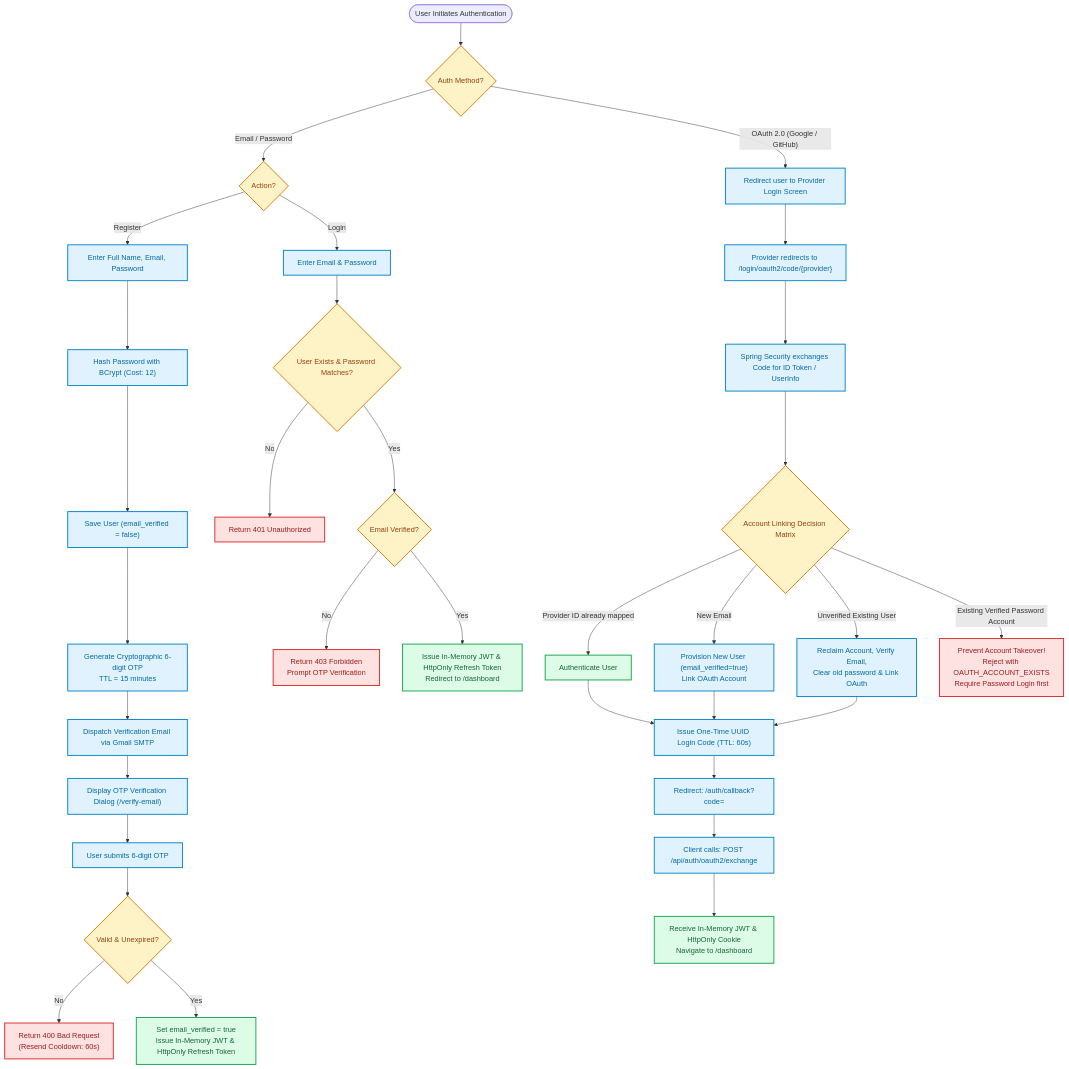
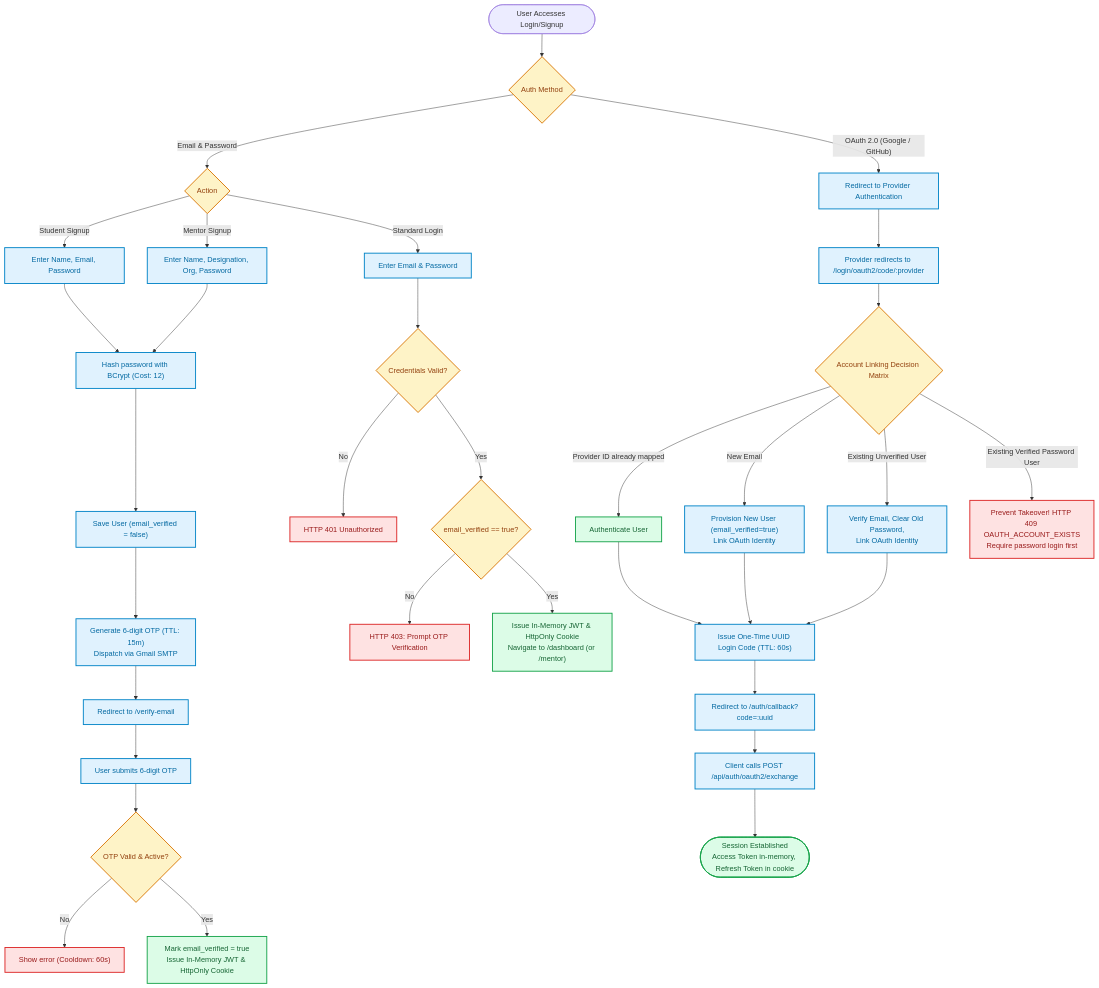
The seventh of 11 diagrams in DESIGN_FLOWCHARTS.md (LNCT-Unix/AI-Powered-Upskilling-Platform), drawn with Mermaid before and after one commit. The commit also changed other lines of this file, not shown here.

Commit message:
Updated flowcharts

````diff
--- a/DESIGN_FLOWCHARTS.md
+++ b/DESIGN_FLOWCHARTS.md
@@ -447,50 +371,51 @@
 ```mermaid
 flowchart TD
-    AUTH_START([User Initiates Authentication]) --> AUTH_CHOICE{Auth Method?}
+    AUTH_ENTRY([User Accesses Login/Signup]) --> AUTH_TYPE{Auth Method}
 
-    %% Email + Password Flow
-    AUTH_CHOICE -- "Email / Password" --> EP_CHECK{Action?}
-    EP_CHECK -- "Register" --> REG_INPUT["Enter Full Name, Email, Password"]
-    REG_INPUT --> REG_BCRYPT["Hash Password with BCrypt (Cost: 12)"]
-    REG_BCRYPT --> REG_SAVE["Save User (email_verified = false)"]
-    REG_SAVE --> OTP_GEN["Generate Cryptographic 6-digit OTP<br/>TTL = 15 minutes"]
-    OTP_GEN --> OTP_MAIL["Dispatch Verification Email via Gmail SMTP"]
-    OTP_MAIL --> OTP_SCREEN["Display OTP Verification Dialog (/verify-email)"]
-    OTP_SCREEN --> OTP_SUBMIT["User submits 6-digit OTP"]
-    OTP_SUBMIT --> OTP_VAL{Valid & Unexpired?}
-    OTP_VAL -- No --> OTP_ERR["Return 400 Bad Request<br/>(Resend Cooldown: 60s)"]
-    OTP_VAL -- Yes --> OTP_VERIFIED["Set email_verified = true<br/>Issue In-Memory JWT & HttpOnly Refresh Token"]
+    %% Email/Password Branch
+    AUTH_TYPE -- "Email & Password" --> FLOW_TYPE{Action}
+    FLOW_TYPE -- "Student Signup" --> SIGNUP_STUDENT["Enter Name, Email, Password"]
+    FLOW_TYPE -- "Mentor Signup" --> SIGNUP_MENTOR["Enter Name, Designation, Org, Password"]
+    
+    SIGNUP_STUDENT & SIGNUP_MENTOR --> BCRYPT["Hash password with BCrypt (Cost: 12)"]
+    BCRYPT --> SAVE_PENDING["Save User (email_verified = false)"]
+    SAVE_PENDING --> SEND_OTP["Generate 6-digit OTP (TTL: 15m)<br/>Dispatch via Gmail SMTP"]
+    SEND_OTP --> VERIFY_OTP_SCREEN["Redirect to /verify-email"]
+    
+    VERIFY_OTP_SCREEN --> SUBMIT_OTP["User submits 6-digit OTP"]
+    SUBMIT_OTP --> CHECK_OTP{OTP Valid & Active?}
+    CHECK_OTP -- No --> OTP_ERROR["Show error (Cooldown: 60s)"]
+    CHECK_OTP -- Yes --> VERIFY_SUCCESS["Mark email_verified = true<br/>Issue In-Memory JWT & HttpOnly Cookie"]
 
-    EP_CHECK -- "Login" --> LOGIN_INPUT["Enter Email & Password"]
-    LOGIN_INPUT --> LOGIN_VERIFY{User Exists & Password Matches?}
-    LOGIN_VERIFY -- No --> LOGIN_FAIL["Return 401 Unauthorized"]
-    LOGIN_VERIFY -- Yes --> LOGIN_V_CHECK{Email Verified?}
-    LOGIN_V_CHECK -- No --> LOGIN_UNV["Return 403 Forbidden<br/>Prompt OTP Verification"]
-    LOGIN_V_CHECK -- Yes --> LOGIN_SUCCESS["Issue In-Memory JWT & HttpOnly Refresh Token<br/>Redirect to /dashboard"]
+    FLOW_TYPE -- "Standard Login" --> LOGIN_SUBMIT["Enter Email & Password"]
+    LOGIN_SUBMIT --> CHECK_CREDS{Credentials Valid?}
+    CHECK_CREDS -- No --> LOGIN_REJECT["HTTP 401 Unauthorized"]
+    CHECK_CREDS -- Yes --> CHECK_VERIFIED{email_verified == true?}
+    CHECK_VERIFIED -- No --> REDIRECT_VERIFY["HTTP 403: Prompt OTP Verification"]
+    CHECK_VERIFIED -- Yes --> LOGIN_OK["Issue In-Memory JWT & HttpOnly Cookie<br/>Navigate to /dashboard (or /mentor)"]
 
-    %% OAuth2 Flow
-    AUTH_CHOICE -- "OAuth 2.0 (Google / GitHub)" --> OA_START["Redirect user to Provider Login Screen"]
-    OA_START --> OA_CALLBACK["Provider redirects to /login/oauth2/code/{provider}"]
-    OA_CALLBACK --> OA_EXCHANGE["Spring Security exchanges Code for ID Token / UserInfo"]
-    OA_EXCHANGE --> OA_LINK_MATRIX{Account Linking Decision Matrix}
+    %% OAuth2 Branch
+    AUTH_TYPE -- "OAuth 2.0 (Google / GitHub)" --> OA_REDIRECT["Redirect to Provider Authentication"]
+    OA_REDIRECT --> OA_CALLBACK["Provider redirects to /login/oauth2/code/:provider"]
+    OA_CALLBACK --> OA_DECISION{Account Linking Decision Matrix}
+    
+    OA_DECISION -- "Provider ID already mapped" --> OA_LOGIN_OK["Authenticate User"]
+    OA_DECISION -- "New Email" --> OA_REGISTER["Provision New User (email_verified=true)<br/>Link OAuth Identity"]
+    OA_DECISION -- "Existing Unverified User" --> OA_RECLAIM["Verify Email, Clear Old Password,<br/>Link OAuth Identity"]
+    OA_DECISION -- "Existing Verified Password User" --> OA_BLOCK["Prevent Takeover! HTTP 409 OAUTH_ACCOUNT_EXISTS<br/>Require password login first"]
 
-    OA_LINK_MATRIX -- "Provider ID already mapped" --> OA_LOGIN_OK["Authenticate User"]
-    OA_LINK_MATRIX -- "New Email" --> OA_CREATE["Provision New User (email_verified=true)<br/>Link OAuth Account"]
-    OA_LINK_MATRIX -- "Unverified Existing User" --> OA_RECLAIM["Reclaim Account, Verify Email,<br/>Clear old password & Link OAuth"]
-    OA_LINK_MATRIX -- "Existing Verified Password Account" --> OA_BLOCK["Prevent Account Takeover!<br/>Reject with OAUTH_ACCOUNT_EXISTS<br/>Require Password Login first"]
+    OA_LOGIN_OK & OA_REGISTER & OA_RECLAIM --> MINT_CODE["Issue One-Time UUID Login Code (TTL: 60s)"]
+    MINT_CODE --> BROWSER_REDIRECT["Redirect to /auth/callback?code=:uuid"]
+    BROWSER_REDIRECT --> CODE_EXCHANGE["Client calls POST /api/auth/oauth2/exchange"]
+    CODE_EXCHANGE --> SESSION_READY(["Session Established<br/>Access Token in-memory, Refresh Token in cookie"])
 
-    OA_LOGIN_OK & OA_CREATE & OA_RECLAIM --> OA_CODE_GEN["Issue One-Time UUID Login Code (TTL: 60s)"]
-    OA_CODE_GEN --> OA_FRONTEND_REDIRECT["Redirect: /auth/callback?code=<uuid>"]
-    OA_FRONTEND_REDIRECT --> OA_EXCHANGE_API["Client calls: POST /api/auth/oauth2/exchange"]
-    OA_EXCHANGE_API --> OA_FINAL["Receive In-Memory JWT & HttpOnly Cookie<br/>Navigate to /dashboard"]
+    classDef step fill:#e0f2fe,stroke:#0284c7,stroke-width:2px,color:#0369a1;
+    classDef decision fill:#fef3c7,stroke:#d97706,stroke-width:2px,color:#92400e;
+    classDef success fill:#dcfce7,stroke:#16a34a,stroke-width:2px,color:#166534;
+    classDef reject fill:#fee2e2,stroke:#dc2626,stroke-width:2px,color:#991b1b;
 
-    classDef proc fill:#e0f2fe,stroke:#0284c7,stroke-width:2px,color:#0369a1;
-    classDef decision fill:#fef3c7,stroke:#d97706,stroke-width:2px,color:#92400e;
-    classDef terminal fill:#dcfce7,stroke:#16a34a,stroke-width:2px,color:#166534;
-    classDef error fill:#fee2e2,stroke:#dc2626,stroke-width:2px,color:#991b1b;
-
-    class REG_INPUT,REG_BCRYPT,REG_SAVE,OTP_GEN,OTP_MAIL,OTP_SCREEN,OTP_SUBMIT,LOGIN_INPUT,OA_START,OA_CALLBACK,OA_EXCHANGE,OA_CREATE,OA_RECLAIM,OA_CODE_GEN,OA_FRONTEND_REDIRECT,OA_EXCHANGE_API proc;
-    class AUTH_CHOICE,EP_CHECK,OTP_VAL,LOGIN_VERIFY,LOGIN_V_CHECK,OA_LINK_MATRIX decision;
-    class OTP_VERIFIED,LOGIN_SUCCESS,OA_LOGIN_OK,OA_FINAL terminal;
-    class OTP_ERR,LOGIN_FAIL,LOGIN_UNV,OA_BLOCK error;
+    class SIGNUP_STUDENT,SIGNUP_MENTOR,BCRYPT,SAVE_PENDING,SEND_OTP,VERIFY_OTP_SCREEN,SUBMIT_OTP,LOGIN_SUBMIT,OA_REDIRECT,OA_CALLBACK,OA_REGISTER,OA_RECLAIM,MINT_CODE,BROWSER_REDIRECT,CODE_EXCHANGE step;
+    class AUTH_TYPE,FLOW_TYPE,CHECK_OTP,CHECK_CREDS,CHECK_VERIFIED,OA_DECISION decision;
+    class VERIFY_SUCCESS,LOGIN_OK,OA_LOGIN_OK,SESSION_READY success;
+    class OTP_ERROR,LOGIN_REJECT,REDIRECT_VERIFY,OA_BLOCK reject;
 ```
````
